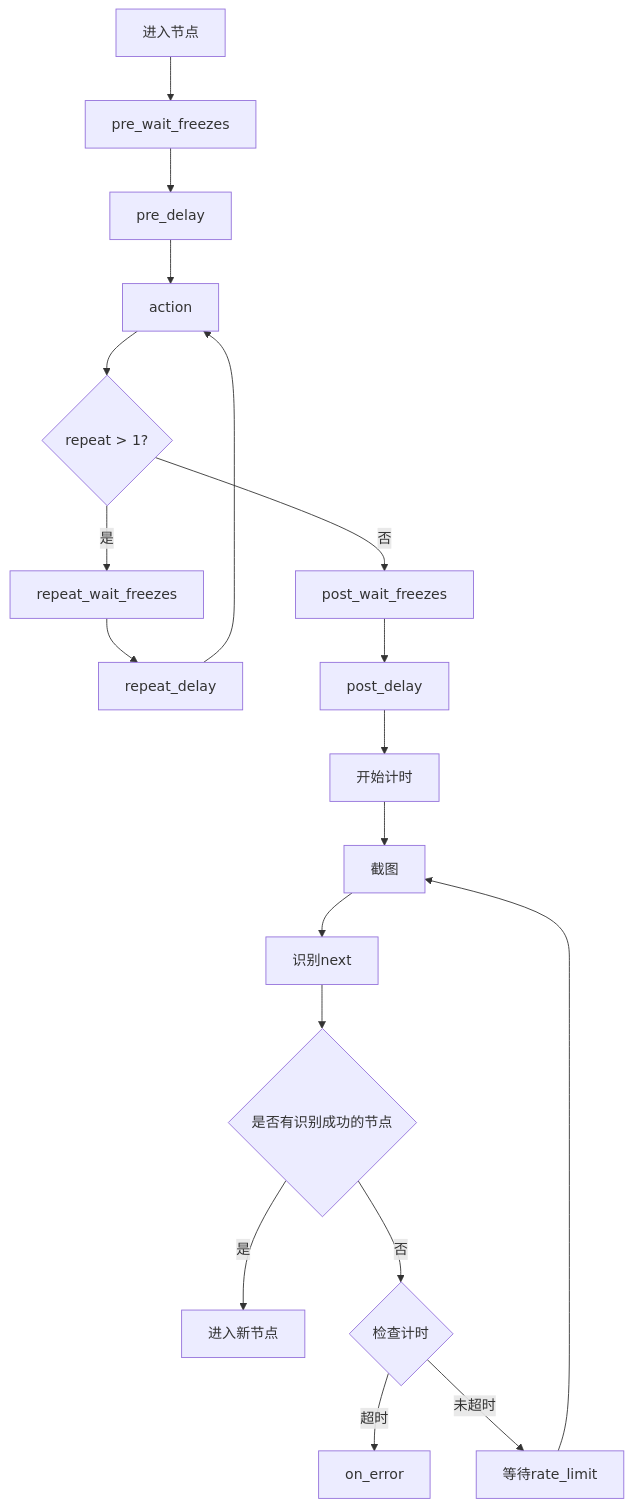
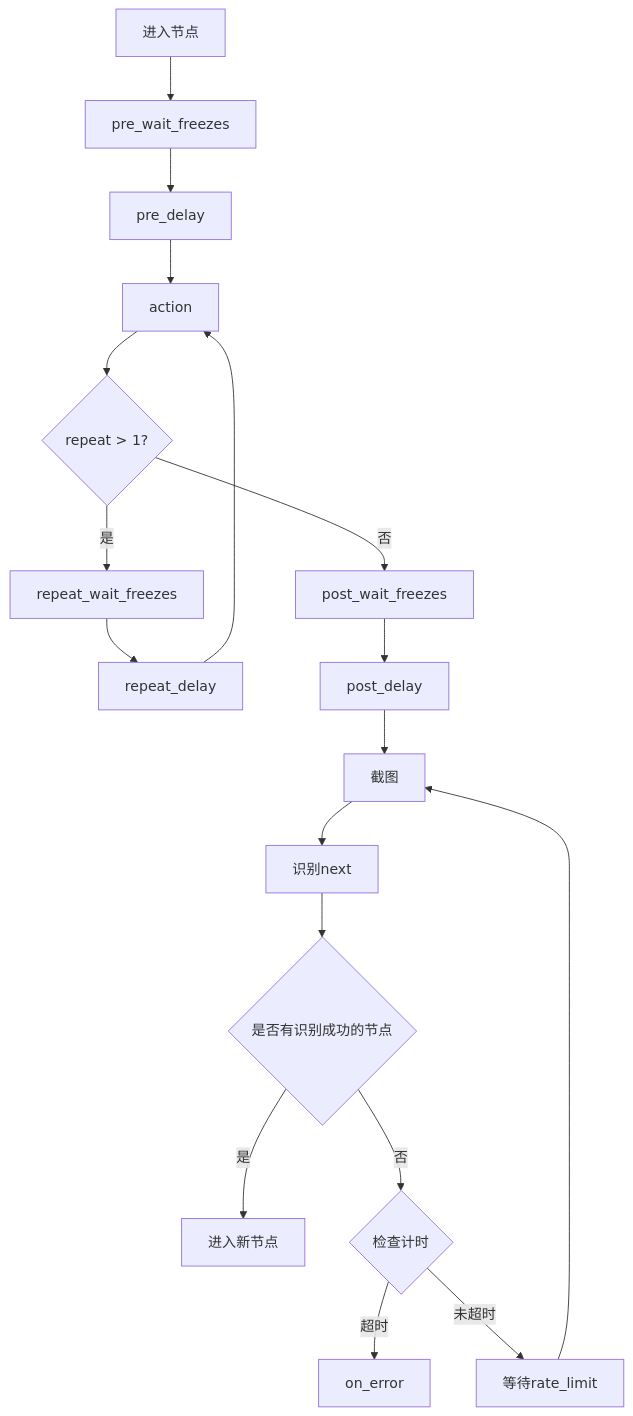
The first of 4 diagrams in docs/zh_cn/3.1-任务流水线协议.md (MaaXYZ/MaaFramework), drawn with Mermaid before and after one commit. The commit also changed other lines of this file and 1 other file, not shown here.

First line of the commit message:
fix: remove start-timer node from flowchart and fix markdown formatting

````diff
--- a/docs/zh_cn/3.1-任务流水线协议.md
+++ b/docs/zh_cn/3.1-任务流水线协议.md
@@ -58,21 +58,20 @@
 ```mermaid
     flowchart TB
         A[进入节点] --> B[pre_wait_freezes]
         B --> C[pre_delay]
         C --> D[action]
         D --> M{"repeat > 1?"}
         M -->|是| N[repeat_wait_freezes]
         N --> O[repeat_delay]
         O --> D
         M -->|否| E[post_wait_freezes]
         E --> F[post_delay]
-        F --> Q[开始计时]
-        Q --> P[截图]
+        F --> P[截图]
         P --> G[识别next]
         G --> H{"是否有识别成功的节点"}
         H -->|是| I[进入新节点]
         H -->|否| J{"检查计时"}
         J -->|超时| K[on_error]
         J -->|未超时| L[等待rate_limit]
         L --> P
 ```
````
